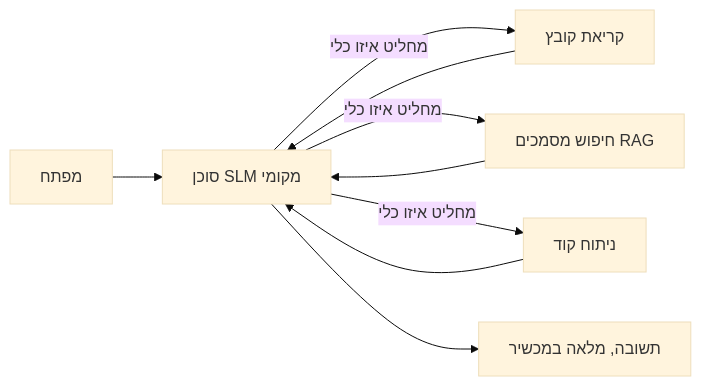
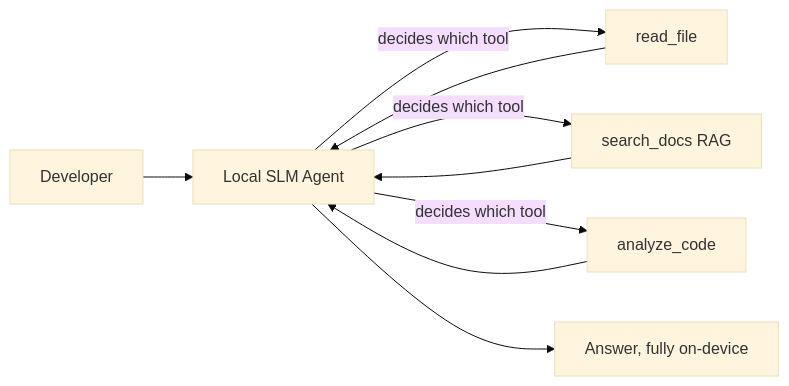
One commit to gabrielmoreira/agent-skills-mirror changed the first of 4 diagrams in mirrors/repos/microsoft@ai-agents-for-beginners/translations/he/17-creating-local-ai-agents/README.md. Above: the diagram before and after it, drawn with Mermaid (base theme). The commit also changed other lines of this file and 5918 other files, not shown here.

````diff
--- a/mirrors/repos/microsoft@ai-agents-for-beginners/translations/he/17-creating-local-ai-agents/README.md
+++ b/mirrors/repos/microsoft@ai-agents-for-beginners/translations/he/17-creating-local-ai-agents/README.md
@@ -66,11 +66,11 @@
 ```mermaid
 flowchart LR
-    U[מפתח] --> A[סוכן SLM מקומי]
-    A -->|מחליט איזו כלי| T1[קריאת קובץ]
-    A -->|מחליט איזו כלי| T2[חיפוש מסמכים RAG]
-    A -->|מחליט איזו כלי| T3[ניתוח קוד]
+    U[Developer] --> A[Local SLM Agent]
+    A -->|decides which tool| T1[read_file]
+    A -->|decides which tool| T2[search_docs RAG]
+    A -->|decides which tool| T3[analyze_code]
     T1 --> A
     T2 --> A
     T3 --> A
-    A --> R[תשובה, מלאה במכשיר]
+    A --> R[Answer, fully on-device]
 ```
````
